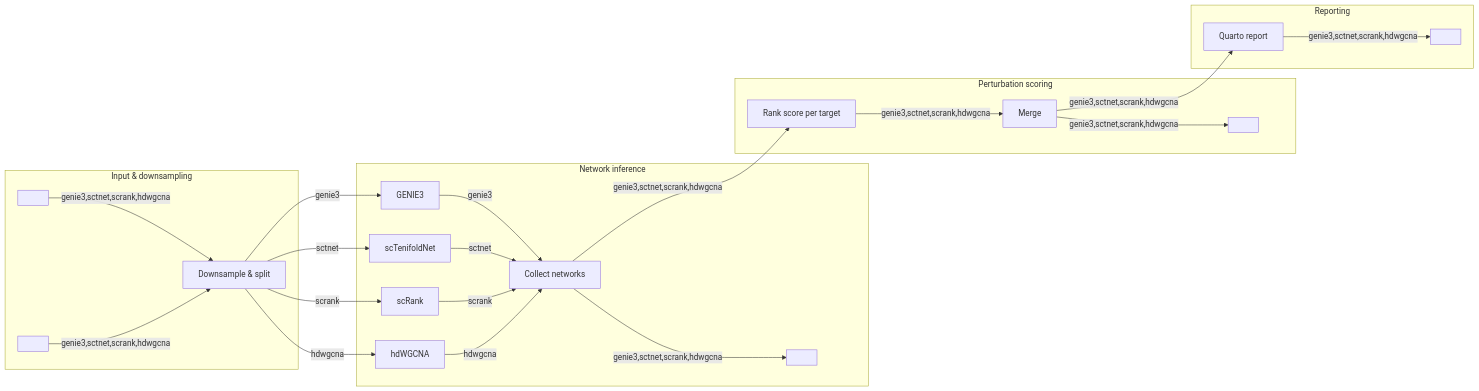
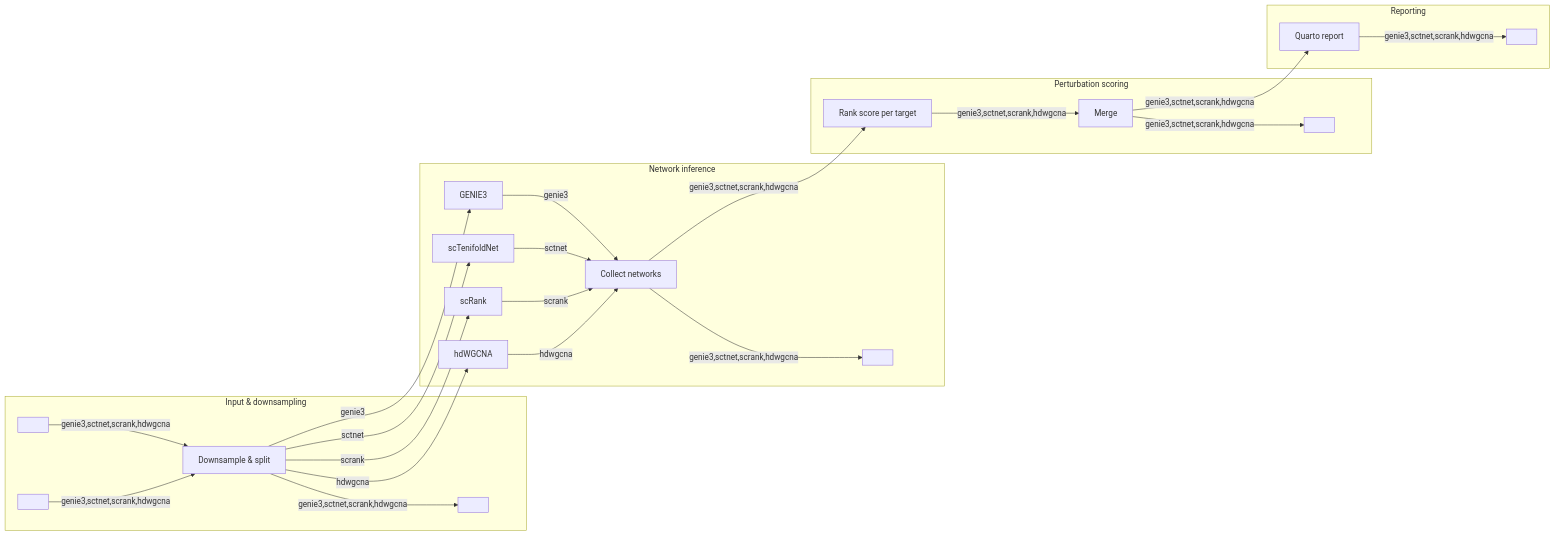
One commit to MCBLab/NetPerturb changed the diagram in docs/netperturb_metro.mmd. Above: the diagram before and after it, drawn with Mermaid. The commit also changed 8 other files, not shown here.

```diff
--- a/docs/netperturb_metro.mmd
+++ b/docs/netperturb_metro.mmd
@@ -1,90 +1,93 @@
 %%metro title: MCBLab/NetPerturb
 %%metro style: dark
 %%metro legend: bl
 %%metro compact_offsets: true
 
 %% One metro line per --network method. The four are mutually exclusive:
 %% a run rides exactly one line from end to end.
 %%metro line: genie3  | --network genie3  (GENIE3)         | #2db572
 %%metro line: sctnet  | --network sctnet  (scTenifoldNet)  | #0570b0
 %%metro line: scrank  | --network scrank  (scRank)         | #e6550d
 %%metro line: hdwgcna | --network hdwgcna (hdWGCNA)        | #756bb1
 
 %% Pipeline inputs (--obj, --target) and published outputs
 %%metro file:  obj_in      | RDS  | --obj
 %%metro file:  targets_in  | TXT  | --target
 %%metro files: net_rds     | RDS  | Network weights
 %%metro file:  score_txt   | TXT  | Scores
+%%metro file:  umap_png    | PNG  | UMAP
 %%metro file:  report_html | HTML | Report
 
 %% Lift published outputs off the track so they hang above it as termini
-%%metro off_track: net_rds, score_txt
+%%metro off_track: umap_png, net_rds, score_txt
 
 %% Station -> Nextflow process, for `nf-metro serve` live overlays
 %%metro process: downsample  | DOWNSAMPLE
 %%metro process: genie3_net  | GENIE3
 %%metro process: sctnet_net  | SCTENIFOLDNET
 %%metro process: scrank_net  | SCRANK
 %%metro process: hdwgcna_net | HDWGCNA
 %%metro process: rank_score  | RANK_SCORE
 %%metro process: merge       | MERGE
 %%metro process: report      | REPORT
 
 graph LR
     subgraph input [Input & downsampling]
         %%metro exit: right | genie3, sctnet, scrank, hdwgcna
         obj_in[ ]
         targets_in[ ]
         downsample[Downsample & split]
+        umap_png[ ]
 
         obj_in -->|genie3,sctnet,scrank,hdwgcna| downsample
         targets_in -->|genie3,sctnet,scrank,hdwgcna| downsample
+        downsample -->|genie3,sctnet,scrank,hdwgcna| umap_png
     end
 
     subgraph inference [Network inference]
         %%metro entry: left | genie3, sctnet, scrank, hdwgcna
         %%metro exit: right | genie3, sctnet, scrank, hdwgcna
         genie3_net[GENIE3]
         sctnet_net[scTenifoldNet]
         scrank_net[scRank]
         hdwgcna_net[hdWGCNA]
         collect_nets[Collect networks]
         net_rds[ ]
 
         genie3_net -->|genie3| collect_nets
         sctnet_net -->|sctnet| collect_nets
         scrank_net -->|scrank| collect_nets
         hdwgcna_net -->|hdwgcna| collect_nets
         collect_nets -->|genie3,sctnet,scrank,hdwgcna| net_rds
     end
 
     subgraph scoring [Perturbation scoring]
         %%metro entry: left | genie3, sctnet, scrank, hdwgcna
         %%metro exit: right | genie3, sctnet, scrank, hdwgcna
         rank_score[Rank score per target]
         merge[Merge]
         score_txt[ ]
 
         rank_score -->|genie3,sctnet,scrank,hdwgcna| merge
         merge -->|genie3,sctnet,scrank,hdwgcna| score_txt
     end
 
     subgraph reporting [Reporting]
         %%metro entry: left | genie3, sctnet, scrank, hdwgcna
         report[Quarto report]
         report_html[ ]
 
         report -->|genie3,sctnet,scrank,hdwgcna| report_html
     end
 
     %% The per-identity objects fan out into whichever method was selected.
     downsample -->|genie3| genie3_net
     downsample -->|sctnet| sctnet_net
     downsample -->|scrank| scrank_net
     downsample -->|hdwgcna| hdwgcna_net
 
     %% All per-identity networks are collected and scored against every target.
     collect_nets -->|genie3,sctnet,scrank,hdwgcna| rank_score
 
     %% The merged score table is rendered into the HTML report.
     merge -->|genie3,sctnet,scrank,hdwgcna| report
```
